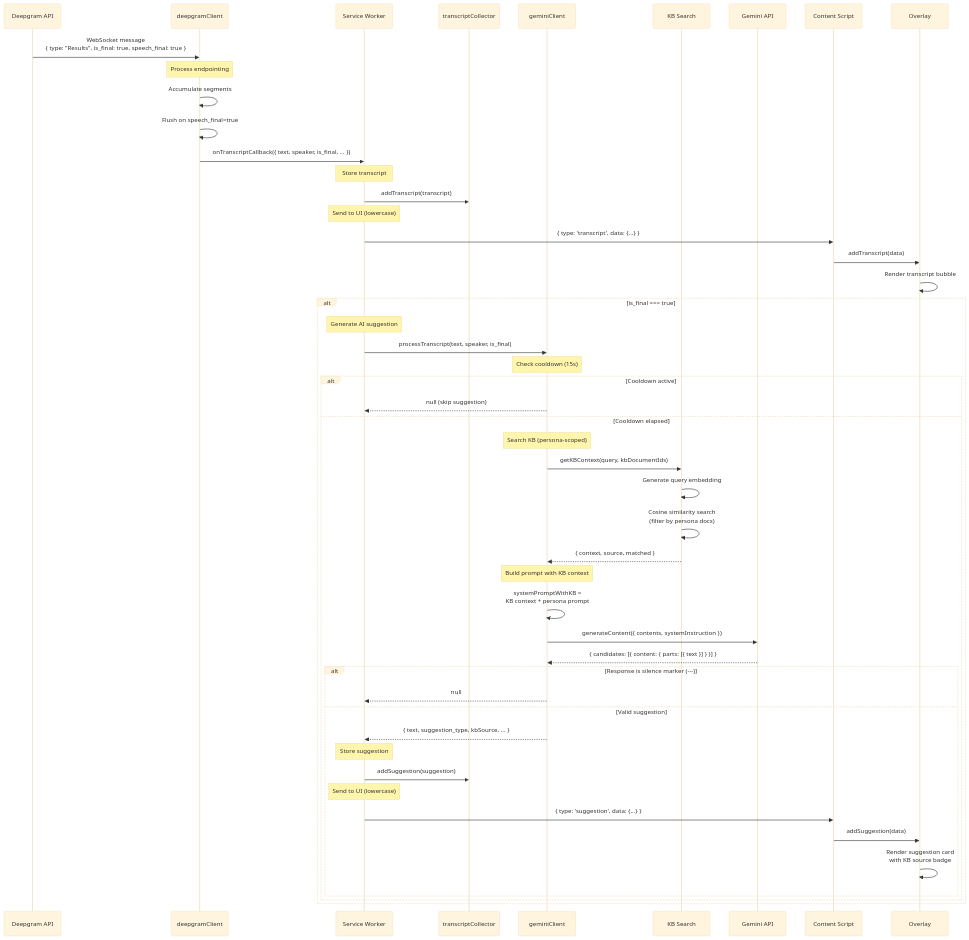
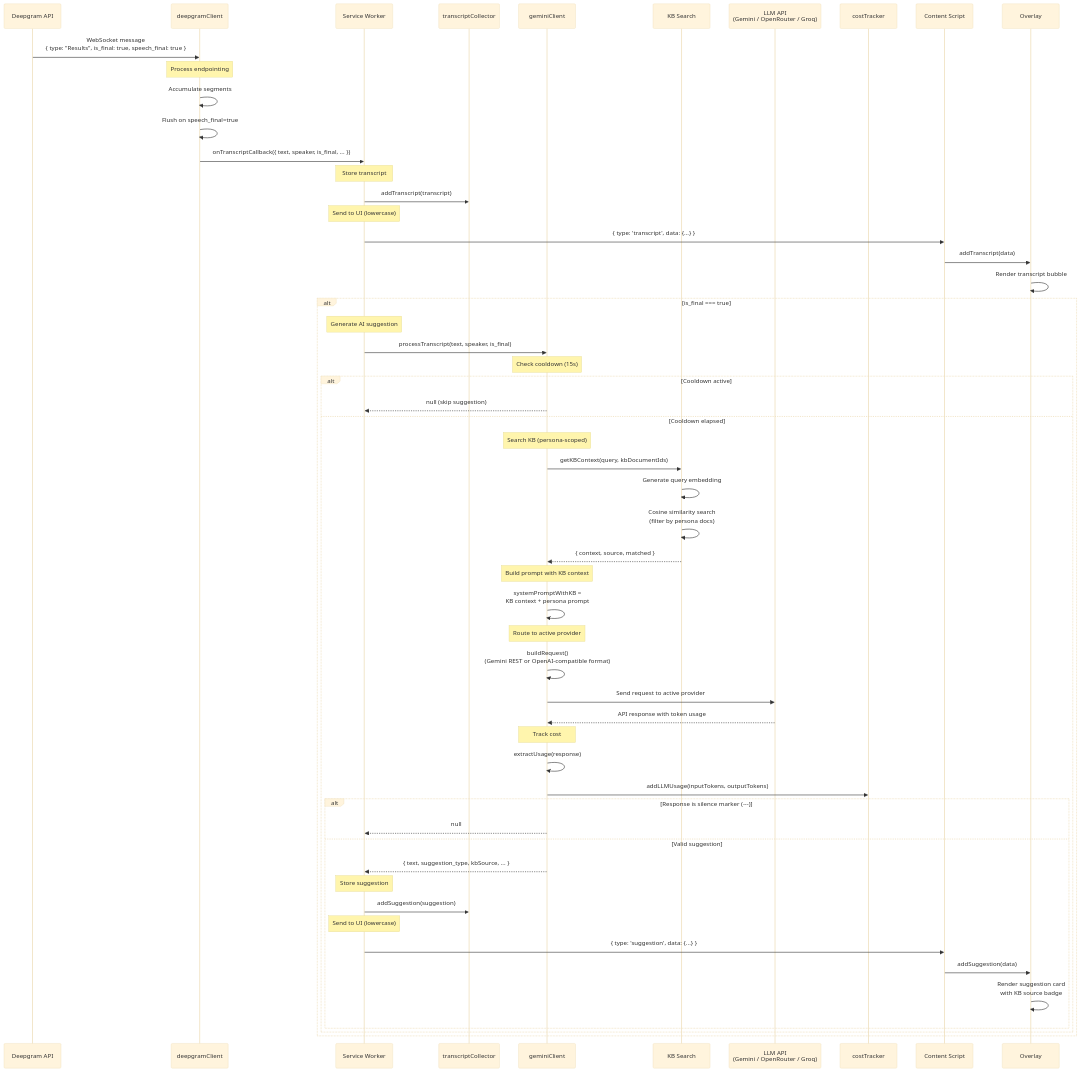
Before and after one commit to AntoineDubuc/wingman-ai: the second of 9 diagrams in docs/diagrams/SEQUENCES.md, drawn with Mermaid. The commit also changed other lines of this file and 10 other files, not shown here.

First line of the commit message:
docs: Update all documentation for Phase 17 (multi-provider) and Phase 18 (cost tracking)

````diff
--- a/docs/diagrams/SEQUENCES.md
+++ b/docs/diagrams/SEQUENCES.md
@@ -70,65 +79,72 @@
 ```mermaid
 %%{init: {'theme':'base'}}%%
 sequenceDiagram
     participant Deepgram as Deepgram API
     participant DC as deepgramClient
     participant SW as Service Worker
     participant Collector as transcriptCollector
     participant Gemini as geminiClient
     participant KB as KB Search
-    participant GeminiAPI as Gemini API
+    participant LLM as LLM API<br/>(Gemini / OpenRouter / Groq)
+    participant CostTracker as costTracker
     participant Content as Content Script
     participant Overlay
 
     Deepgram->>DC: WebSocket message<br/>{ type: "Results", is_final: true, speech_final: true }
 
     Note over DC: Process endpointing
     DC->>DC: Accumulate segments
     DC->>DC: Flush on speech_final=true
 
     DC->>SW: onTranscriptCallback({ text, speaker, is_final, ... })
 
     Note over SW: Store transcript
     SW->>Collector: addTranscript(transcript)
 
     Note over SW: Send to UI (lowercase)
     SW->>Content: { type: 'transcript', data: {...} }
     Content->>Overlay: addTranscript(data)
     Overlay->>Overlay: Render transcript bubble
 
     alt is_final === true
         Note over SW: Generate AI suggestion
         SW->>Gemini: processTranscript(text, speaker, is_final)
 
         Note over Gemini: Check cooldown (15s)
         alt Cooldown active
             Gemini-->>SW: null (skip suggestion)
         else Cooldown elapsed
             Note over Gemini: Search KB (persona-scoped)
             Gemini->>KB: getKBContext(query, kbDocumentIds)
             KB->>KB: Generate query embedding
             KB->>KB: Cosine similarity search<br/>(filter by persona docs)
             KB-->>Gemini: { context, source, matched }
 
             Note over Gemini: Build prompt with KB context
             Gemini->>Gemini: systemPromptWithKB =<br/>KB context + persona prompt
 
-            Gemini->>GeminiAPI: generateContent({ contents, systemInstruction })
-            GeminiAPI-->>Gemini: { candidates: [{ content: { parts: [{ text }] } }] }
+            Note over Gemini: Route to active provider
+            Gemini->>Gemini: buildRequest()<br/>(Gemini REST or OpenAI-compatible format)
+            Gemini->>LLM: Send request to active provider
+            LLM-->>Gemini: API response with token usage
+
+            Note over Gemini: Track cost
+            Gemini->>Gemini: extractUsage(response)
+            Gemini->>CostTracker: addLLMUsage(inputTokens, outputTokens)
 
             alt Response is silence marker (---)
                 Gemini-->>SW: null
             else Valid suggestion
                 Gemini-->>SW: { text, suggestion_type, kbSource, ... }
 
                 Note over SW: Store suggestion
                 SW->>Collector: addSuggestion(suggestion)
 
                 Note over SW: Send to UI (lowercase)
                 SW->>Content: { type: 'suggestion', data: {...} }
                 Content->>Overlay: addSuggestion(data)
                 Overlay->>Overlay: Render suggestion card<br/>with KB source badge
             end
         end
     end
 ```
````
